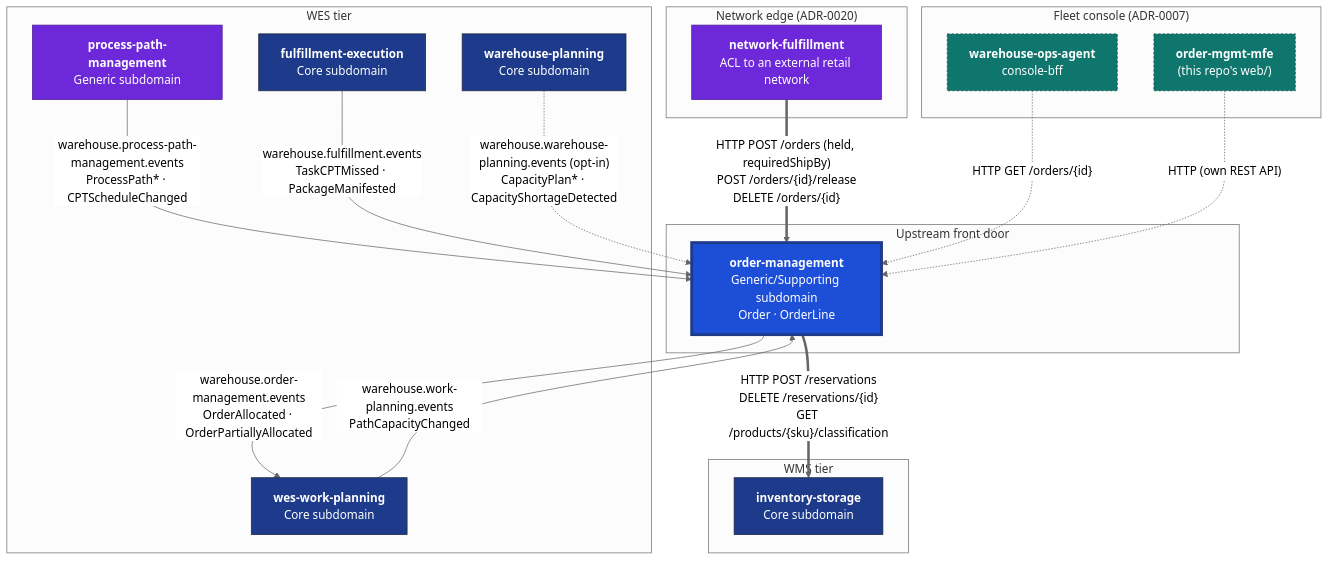
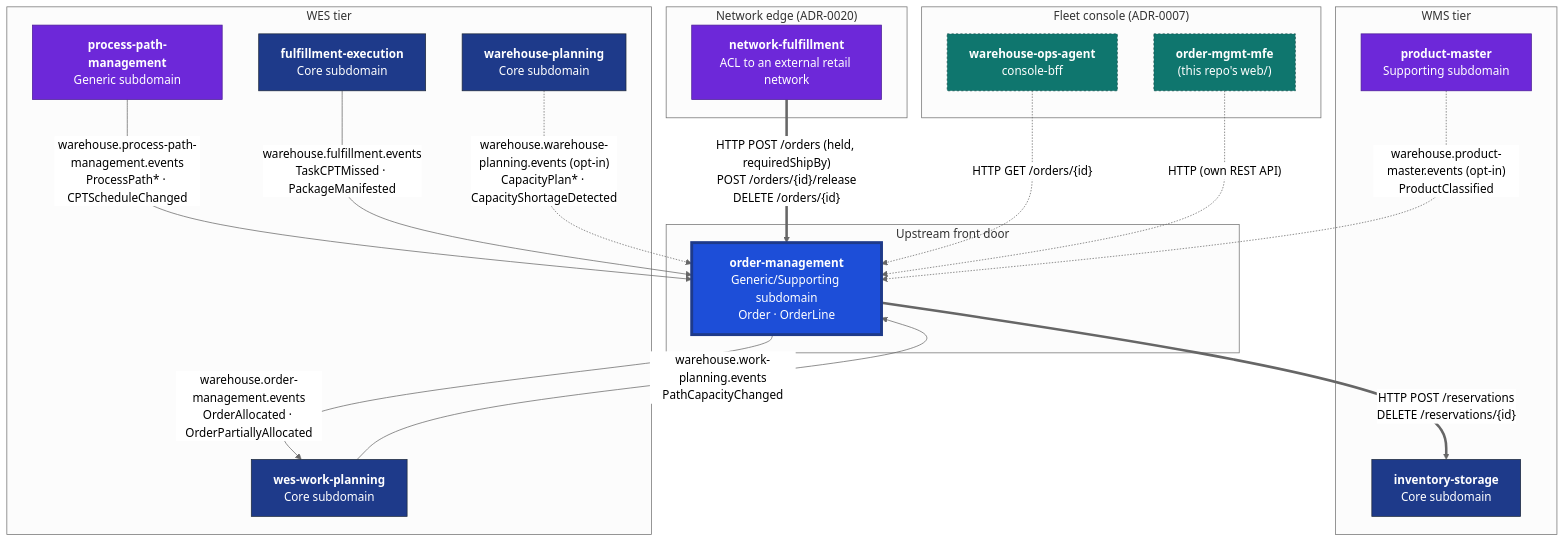
Before and after one commit to IQVO/warehouse-docs: the first of 2 diagrams in docs/contexts/order-management/context-map.md, drawn with Mermaid (neutral theme). The commit also changed other lines of this file and 118 other files, not shown here.

````diff
--- a/docs/contexts/order-management/context-map.md
+++ b/docs/contexts/order-management/context-map.md
@@ -24,41 +24,43 @@
 ```mermaid
 flowchart TB
     subgraph EXT["Network edge (ADR-0020)"]
         NF["<b>network-fulfillment</b><br/>ACL to an external retail network"]
     end
     subgraph NEW["Upstream front door"]
         OM["<b>order-management</b><br/>Generic/Supporting subdomain<br/>Order · OrderLine"]
     end
     subgraph WMS["WMS tier"]
         INV["<b>inventory-storage</b><br/>Core subdomain"]
+        PM["<b>product-master</b><br/>Supporting subdomain"]
     end
     subgraph WES["WES tier"]
         PPM["<b>process-path-management</b><br/>Generic subdomain"]
         WP["<b>wes-work-planning</b><br/>Core subdomain"]
         FE["<b>fulfillment-execution</b><br/>Core subdomain"]
         WPL["<b>warehouse-planning</b><br/>Core subdomain"]
     end
     subgraph CONSOLE["Fleet console (ADR-0007)"]
         BFF["<b>warehouse-ops-agent</b><br/>console-bff"]
         MFE["<b>order-mgmt-mfe</b><br/>(this repo's web/)"]
     end
 
     NF ==>|"HTTP POST /orders (held, requiredShipBy)<br/>POST /orders/{id}/release<br/>DELETE /orders/{id}"| OM
-    OM ==>|"HTTP POST /reservations<br/>DELETE /reservations/{id}<br/>GET /products/{sku}/classification"| INV
+    OM ==>|"HTTP POST /reservations<br/>DELETE /reservations/{id}"| INV
+    PM -.->|"warehouse.product-master.events (opt-in)<br/>ProductClassified"| OM
     OM -->|"warehouse.order-management.events<br/>OrderAllocated · OrderPartiallyAllocated"| WP
     PPM -->|"warehouse.process-path-management.events<br/>ProcessPath* · CPTScheduleChanged"| OM
     WP -->|"warehouse.work-planning.events<br/>PathCapacityChanged"| OM
     FE -->|"warehouse.fulfillment.events<br/>TaskCPTMissed · PackageManifested"| OM
     WPL -.->|"warehouse.warehouse-planning.events (opt-in)<br/>CapacityPlan* · CapacityShortageDetected"| OM
     BFF -.->|"HTTP GET /orders/{id}"| OM
     MFE -.->|"HTTP (own REST API)"| OM
 
     classDef this fill:#1d4ed8,stroke:#1e3a8a,color:#fff,stroke-width:4px;
     classDef core fill:#1e3a8a,stroke:#1e293b,color:#fff;
     classDef supp fill:#6d28d9,stroke:#4c1d95,color:#fff;
     classDef console fill:#0f766e,stroke:#134e4a,color:#fff,stroke-dasharray: 3 3;
     class OM this;
     class INV,WP,FE,WPL core;
-    class PPM,NF supp;
+    class PPM,NF,PM supp;
     class BFF,MFE console;
 ```
````
